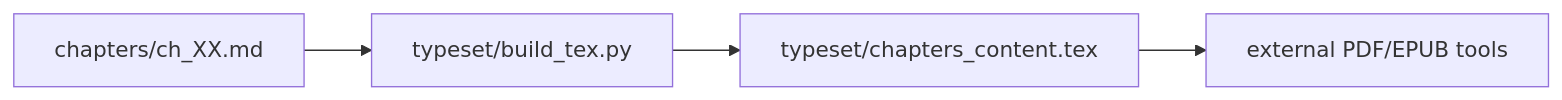
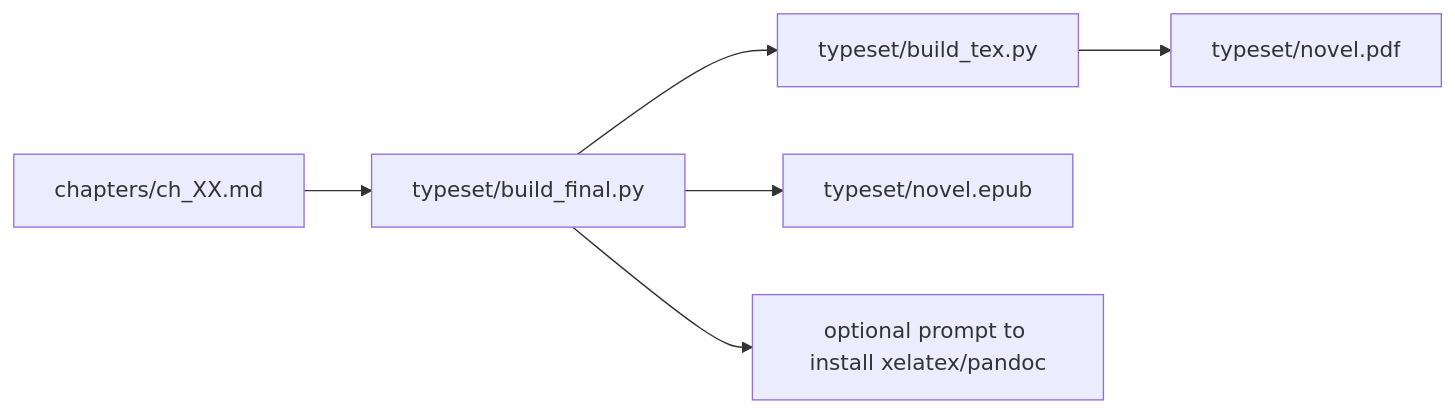
Before and after one commit to aleemerich/autobook: the diagram in docs/en/typesetting/typesetting.md, drawn with Mermaid. The commit also changed other lines of this file and 23 other files, not shown here.

````diff
--- a/docs/en/typesetting/typesetting.md
+++ b/docs/en/typesetting/typesetting.md
@@ -18,6 +110,8 @@
 ```mermaid
 flowchart LR
-    Chapters["chapters/ch_XX.md"] --> Script["typeset/build_tex.py"]
-    Script --> Tex["typeset/chapters_content.tex"]
-    Tex --> External["external PDF/EPUB tools"]
+    Chapters["chapters/ch_XX.md"] --> Final["typeset/build_final.py"]
+    Final --> TeX["typeset/build_tex.py"]
+    TeX --> PDF["typeset/novel.pdf"]
+    Final --> EPUB["typeset/novel.epub"]
+    Final --> Install["optional prompt to install xelatex/pandoc"]
 ```
````
